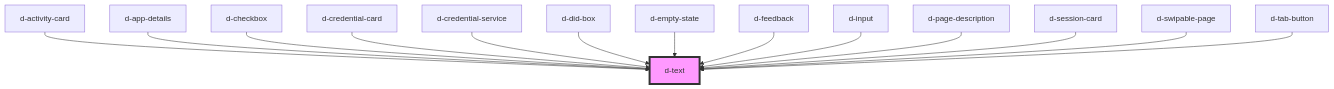
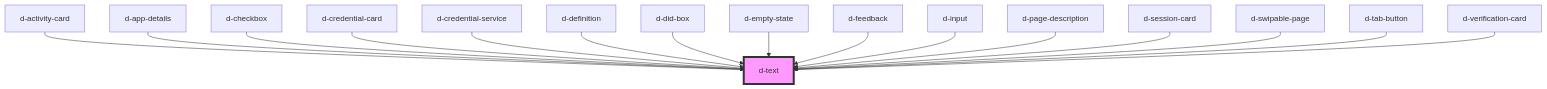
Before and after one commit to ForkbombEu/didroom-components: the diagram in src/components/text/readme.md, drawn with Mermaid. The commit also changed other lines of this file and 20 other files, not shown here.

First line of the commit message:
feat: verification card (#162)

````diff
--- a/src/components/text/readme.md
+++ b/src/components/text/readme.md
@@ -35,17 +37,19 @@
 ```mermaid
 graph TD;
   d-activity-card --> d-text
   d-app-details --> d-text
   d-checkbox --> d-text
   d-credential-card --> d-text
   d-credential-service --> d-text
+  d-definition --> d-text
   d-did-box --> d-text
   d-empty-state --> d-text
   d-feedback --> d-text
   d-input --> d-text
   d-page-description --> d-text
   d-session-card --> d-text
   d-swipable-page --> d-text
   d-tab-button --> d-text
+  d-verification-card --> d-text
   style d-text fill:#f9f,stroke:#333,stroke-width:4px
 ```
````
